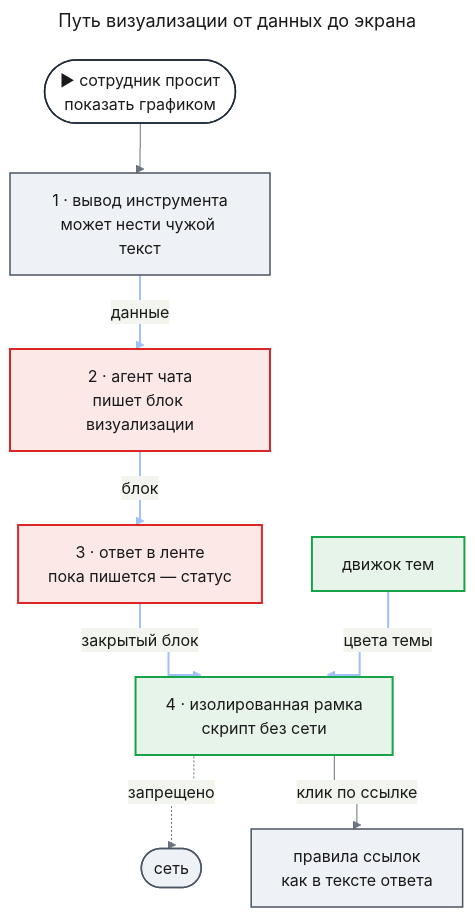
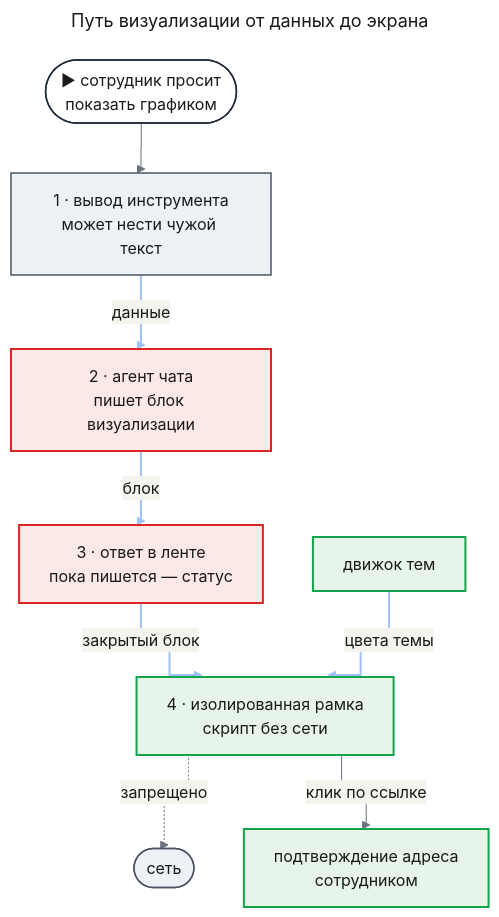
One commit to tundraray/agent-os changed the second of 3 diagrams in docs/features/theming/prd.md. Above: the diagram before and after it, drawn with Mermaid. The commit also changed other lines of this file, not shown here.

Commit message:
docs: confirm links and no WebRTC in visualizations in the theming PRD

````diff
--- a/docs/features/theming/prd.md
+++ b/docs/features/theming/prd.md
@@ -94,49 +94,49 @@
 ```mermaid
 ---
 title: "Путь визуализации от данных до экрана"
 config:
   theme: base
   look: classic
   themeVariables:
     primaryColor: "#eef1f5"
     primaryBorderColor: "#4b5563"
     primaryTextColor: "#1a1a1a"
     lineColor: "#6b7280"
   flowchart:
     curve: step
   themeCSS: |
     @keyframes litr_th2{0%,22.5%{stroke:#1d4ed8;stroke-width:6px}25%,100%{stroke:#9ec1f7;stroke-width:2px}}
 ---
 flowchart TB
     entry(["▶ сотрудник просит<br/>показать графиком"])
     tool["1 · вывод инструмента<br/>может нести чужой текст"]
     agent["2 · агент чата<br/>пишет блок визуализации"]
     feed["3 · ответ в ленте<br/>пока пишется — статус"]
     frame["4 · изолированная рамка<br/>скрипт без сети"]
     engine["движок тем"]
     net(["сеть"])
-    links["правила ссылок<br/>как в тексте ответа"]
+    links["подтверждение адреса<br/>сотрудником"]
     entry --> tool
     tool e1@-->|"данные"| agent
     agent e2@-->|"блок"| feed
     feed e3@-->|"закрытый блок"| frame
     engine e4@-->|"цвета темы"| frame
     frame -.->|"запрещено"| net
     frame -->|"клик по ссылке"| links
     classDef entry fill:#ffffff,stroke:#1f2937,stroke-width:1.5px,color:#1a1a1a
     classDef changed fill:#fde8e8,stroke:#dc2626,stroke-width:2px,color:#1a1a1a
     classDef new fill:#e6f4ea,stroke:#16a34a,stroke-width:2px,color:#1a1a1a
     classDef unchanged fill:#eef1f5,stroke:#4b5563,stroke-width:1.5px,color:#1a1a1a
     classDef r1 stroke:#9ec1f7,stroke-width:2px,animation:litr_th2 4.8s linear 0s infinite
     classDef r2 stroke:#9ec1f7,stroke-width:2px,animation:litr_th2 4.8s linear 1.2s infinite
     classDef r3 stroke:#9ec1f7,stroke-width:2px,animation:litr_th2 4.8s linear 2.4s infinite
     classDef r4 stroke:#9ec1f7,stroke-width:2px,animation:litr_th2 4.8s linear 3.6s infinite
     class entry entry
-    class tool,links,net unchanged
+    class tool,net unchanged
     class agent,feed changed
-    class frame,engine new
+    class frame,engine,links new
     class e1 r1
     class e2 r2
     class e3 r3
     class e4 r4
 ```
````
